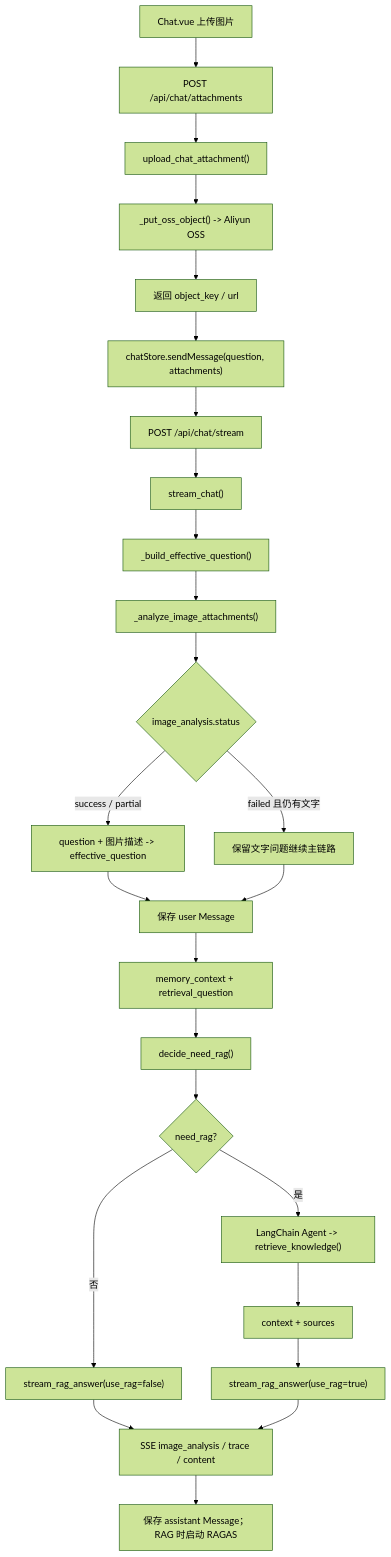
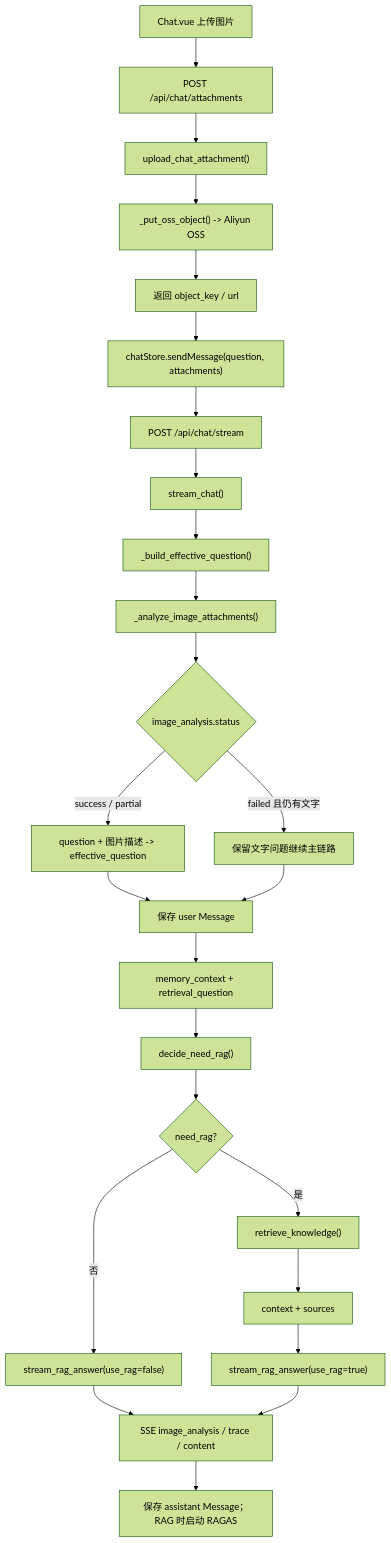
One commit to baiye-banned/Agent_about_answer changed the second of 5 diagrams in docs/PROJECT_FLOW_DIAGRAM.md. Above: the diagram before and after it, drawn with Mermaid (forest theme). The commit also changed other lines of this file and 22 other files, not shown here.

````diff
--- a/docs/PROJECT_FLOW_DIAGRAM.md
+++ b/docs/PROJECT_FLOW_DIAGRAM.md
@@ -53,27 +52,27 @@
 ```mermaid
 flowchart TD
   A["Chat.vue 上传图片"] --> B["POST /api/chat/attachments"]
   B --> C["upload_chat_attachment()"]
   C --> D["_put_oss_object() -> Aliyun OSS"]
   D --> E["返回 object_key / url"]
   E --> F["chatStore.sendMessage(question, attachments)"]
   F --> G["POST /api/chat/stream"]
   G --> H["stream_chat()"]
   H --> I["_build_effective_question()"]
   I --> J["_analyze_image_attachments()"]
   J --> K{"image_analysis.status"}
   K -- "success / partial" --> L["question + 图片描述 -> effective_question"]
   K -- "failed 且仍有文字" --> M["保留文字问题继续主链路"]
   L --> N["保存 user Message"]
   M --> N
   N --> O["memory_context + retrieval_question"]
   O --> P["decide_need_rag()"]
   P --> Q{"need_rag?"}
-  Q -- "是" --> R["LangChain Agent -> retrieve_knowledge()"]
+  Q -- "是" --> R["retrieve_knowledge()"]
   Q -- "否" --> S["stream_rag_answer(use_rag=false)"]
   R --> T["context + sources"]
   T --> U["stream_rag_answer(use_rag=true)"]
   S --> V["SSE image_analysis / trace / content"]
   U --> V
   V --> W["保存 assistant Message；RAG 时启动 RAGAS"]
 ```
````
